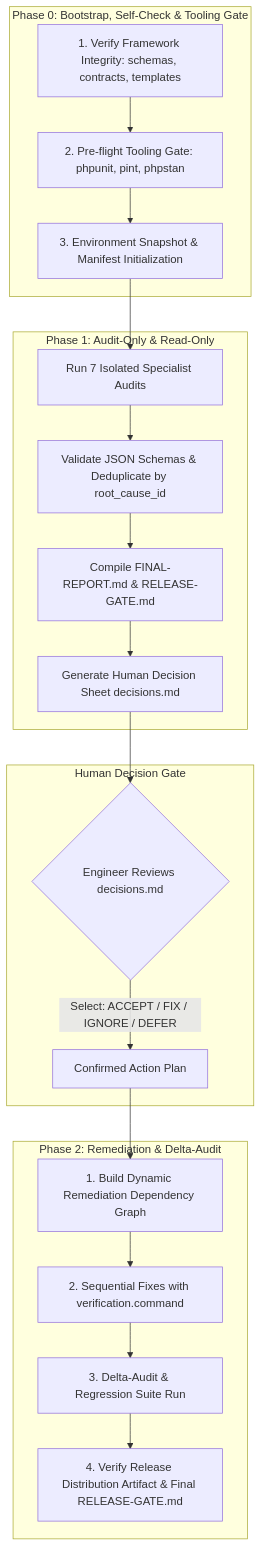
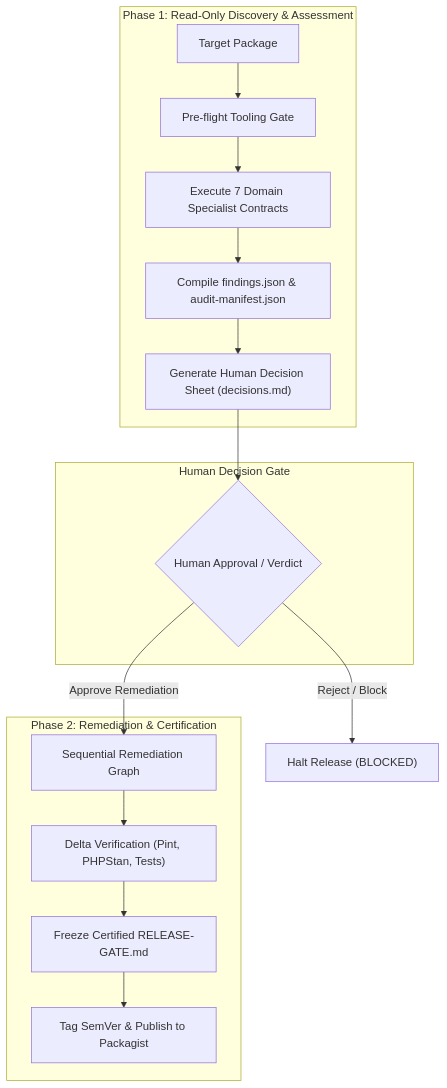
Before and after one commit to alex-kassel/laravel-package-audit: the diagram in README.md, drawn with Mermaid. The commit also changed other lines of this file and 55 other files, not shown here.

````diff
--- a/README.md
+++ b/README.md
@@ -87,26 +49,22 @@
 ```mermaid
 flowchart TD
-    subgraph Phase 0 [Phase 0: Bootstrap, Self-Check & Tooling Gate]
-        S0[1. Verify Framework Integrity: schemas, contracts, templates] --> T0[2. Pre-flight Tooling Gate: phpunit, pint, phpstan]
-        T0 --> A[3. Environment Snapshot & Manifest Initialization]
+    subgraph Phase1["Phase 1: Read-Only Discovery & Assessment"]
+        A["Target Package"] --> B["Pre-flight Tooling Gate"]
+        B --> C["Execute 7 Domain Specialist Contracts"]
+        C --> D["Compile findings.json & audit-manifest.json"]
+        D --> E["Generate Human Decision Sheet (decisions.md)"]
     end
 
-    subgraph Phase 1 [Phase 1: Audit-Only & Read-Only]
-        A --> B[Run 7 Isolated Specialist Audits]
-        B --> C[Validate JSON Schemas & Deduplicate by root_cause_id]
-        C --> D[Compile FINAL-REPORT.md & RELEASE-GATE.md]
-        D --> E[Generate Human Decision Sheet decisions.md]
+    subgraph Decision["Human Decision Gate"]
+        E --> F{"Human Approval / Verdict"}
     end
 
-    subgraph Gate [Human Decision Gate]
-        E --> F{Engineer Reviews decisions.md}
-        F -->|Select: ACCEPT / FIX / IGNORE / DEFER| G[Confirmed Action Plan]
+    subgraph Phase2["Phase 2: Remediation & Certification"]
+        F -->|Approve Remediation| G["Sequential Remediation Graph"]
+        G --> H["Delta Verification (Pint, PHPStan, Tests)"]
+        H --> I["Freeze Certified RELEASE-GATE.md"]
+        I --> J["Tag SemVer & Publish to Packagist"]
     end
 
-    subgraph Phase 2 [Phase 2: Remediation & Delta-Audit]
-        G --> H[1. Build Dynamic Remediation Dependency Graph]
-        H --> I[2. Sequential Fixes with verification.command]
-        I --> J[3. Delta-Audit & Regression Suite Run]
-        J --> K[4. Verify Release Distribution Artifact & Final RELEASE-GATE.md]
-    end
+    F -->|Reject / Block| K["Halt Release (BLOCKED)"]
 ```
````
